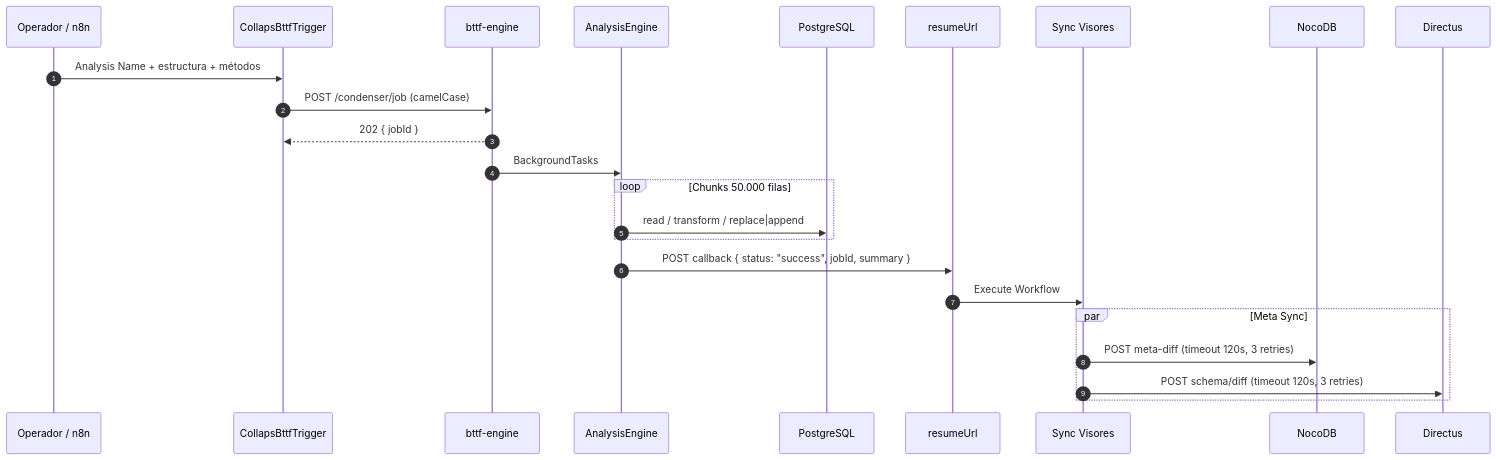
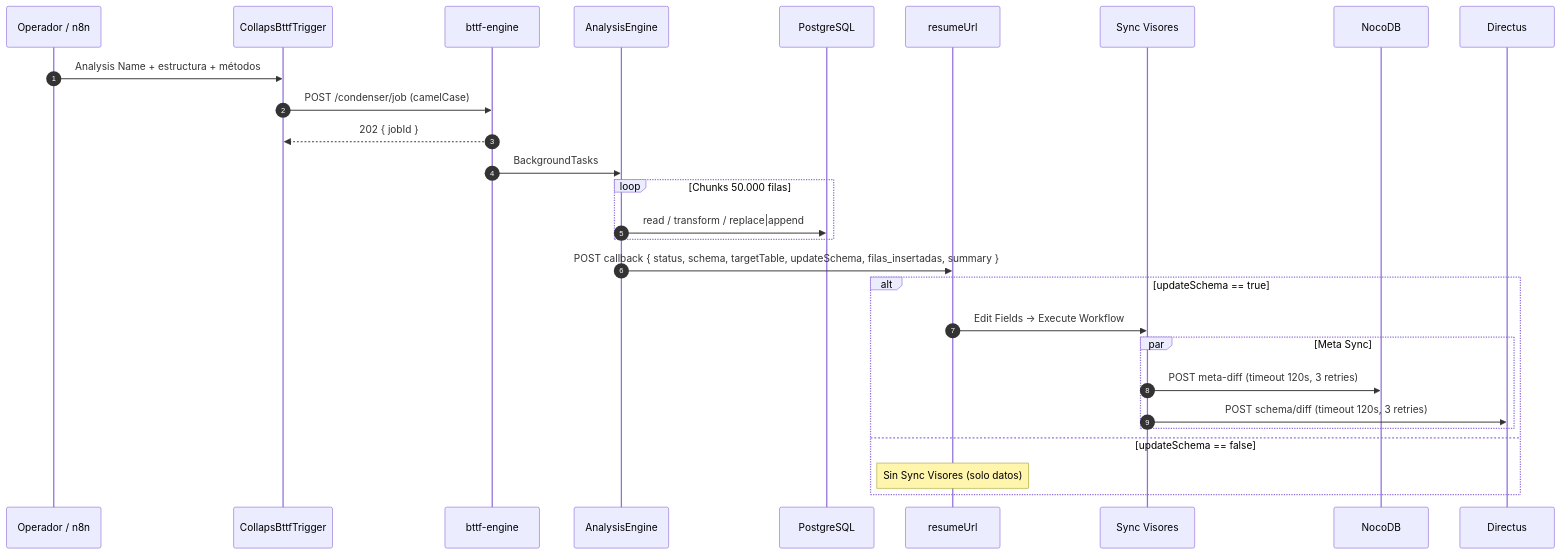
The diagram in arquitectura/flujo-end-to-end.md (jgutierrez-kubic/collaps-docs), drawn with Mermaid before and after one commit. The commit also changed other lines of this file and 8 other files, not shown here.

Commit message:
docs: document updateSchema guard and enriched n8n callback payload

````diff
--- a/arquitectura/flujo-end-to-end.md
+++ b/arquitectura/flujo-end-to-end.md
@@ -7,29 +7,33 @@
 ```mermaid
 sequenceDiagram
   autonumber
   participant Ops as Operador / n8n
   participant Trig as CollapsBttfTrigger
   participant API as bttf-engine
   participant AE as AnalysisEngine
   participant PG as PostgreSQL
   participant Wait as resumeUrl
   participant Sync as Sync Visores
   participant NC as NocoDB
   participant DX as Directus
 
   Ops->>Trig: Analysis Name + estructura + métodos
   Trig->>API: POST /condenser/job (camelCase)
   API-->>Trig: 202 { jobId }
   API->>AE: BackgroundTasks
 
   loop Chunks 50.000 filas
     AE->>PG: read / transform / replace|append
   end
 
-  AE->>Wait: POST callback { status: "success", jobId, summary }
-  Wait->>Sync: Execute Workflow
-  par Meta Sync
-    Sync->>NC: POST meta-diff (timeout 120s, 3 retries)
-    Sync->>DX: POST schema/diff (timeout 120s, 3 retries)
+  AE->>Wait: POST callback { status, schema, targetTable, updateSchema, filas_insertadas, summary }
+  alt updateSchema == true
+    Wait->>Sync: Edit Fields → Execute Workflow
+    par Meta Sync
+      Sync->>NC: POST meta-diff (timeout 120s, 3 retries)
+      Sync->>DX: POST schema/diff (timeout 120s, 3 retries)
+    end
+  else updateSchema == false
+    Note over Wait: Sin Sync Visores (solo datos)
   end
 ```
````
